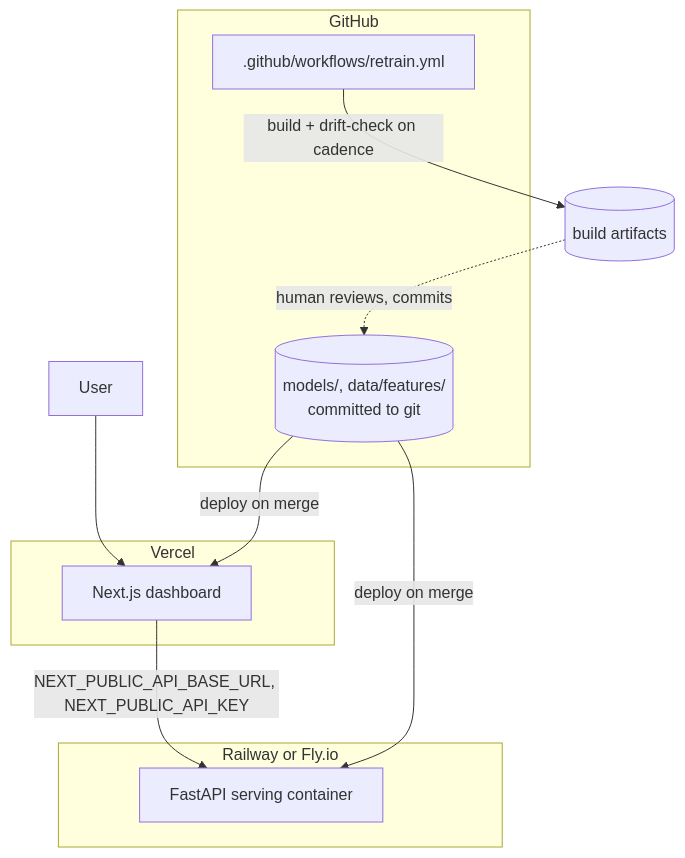
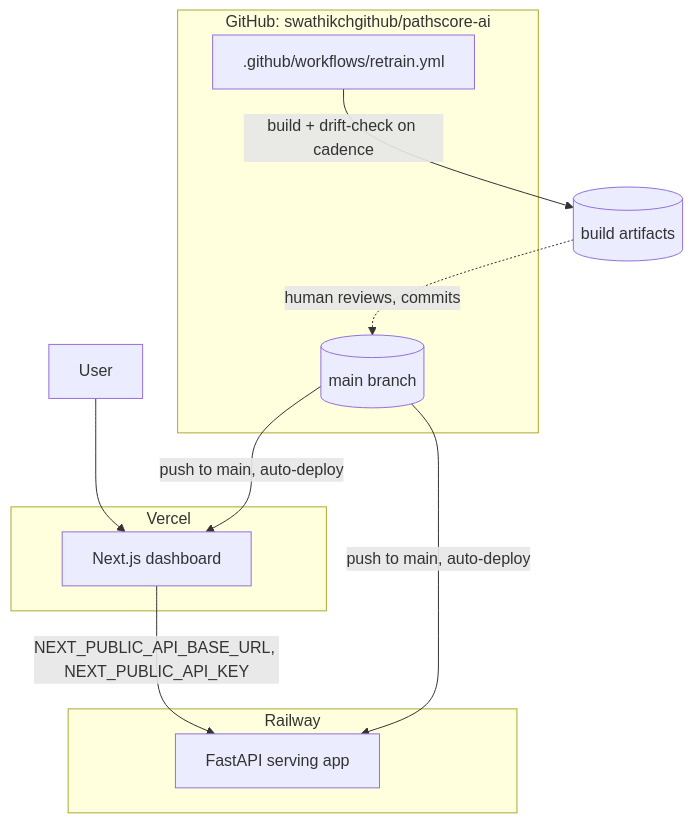
The diagram in docs/DEPLOYMENT.md (swathikchgithub/pathscore-ai), drawn with Mermaid before and after one commit. The commit also changed other lines of this file and 3 other files, not shown here.

First line of the commit message:
Wire up continuous deployment: connect both services to GitHub

````diff
--- a/docs/DEPLOYMENT.md
+++ b/docs/DEPLOYMENT.md
@@ -55,20 +58,20 @@
 ```mermaid
 graph TD
     subgraph "Vercel"
         Dash["Next.js dashboard"]
     end
-    subgraph "Railway or Fly.io"
-        API["FastAPI serving container"]
+    subgraph "Railway"
+        API["FastAPI serving app"]
     end
-    subgraph "GitHub"
+    subgraph "GitHub: swathikchgithub/pathscore-ai"
+        Repo[("main branch")]
         Actions[".github/workflows/retrain.yml"]
-        Repo[("models/, data/features/<br/>committed to git")]
     end
 
     User --> Dash
     Dash -->|NEXT_PUBLIC_API_BASE_URL, NEXT_PUBLIC_API_KEY| API
+    Repo -->|push to main, auto-deploy| API
+    Repo -->|push to main, auto-deploy| Dash
     Actions -->|build + drift-check on cadence| Artifacts[("build artifacts")]
     Artifacts -.->|human reviews, commits| Repo
-    Repo -->|deploy on merge| API
-    Repo -->|deploy on merge| Dash
 ```
````
